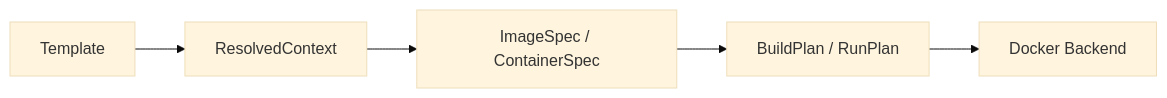
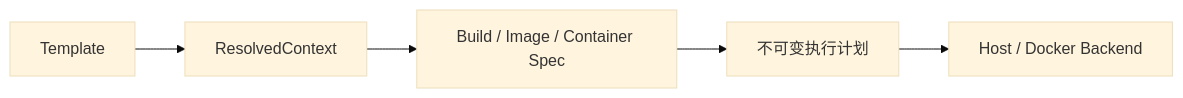
Before and after one commit to zz990099/Rigyard: the second of 2 diagrams in docs/architecture.md, drawn with Mermaid (base theme). The commit also changed other lines of this file and 31 other files, not shown here.

````diff
--- a/docs/architecture.md
+++ b/docs/architecture.md
@@ -32,7 +35,7 @@
 ```mermaid
 flowchart LR
     A[Template] --> B[ResolvedContext]
-    B --> C[ImageSpec / ContainerSpec]
-    C --> D[BuildPlan / RunPlan]
-    D --> E[Docker Backend]
+    B --> C[Build / Image / Container Spec]
+    C --> D[不可变执行计划]
+    D --> E[Host / Docker Backend]
 ```
````
